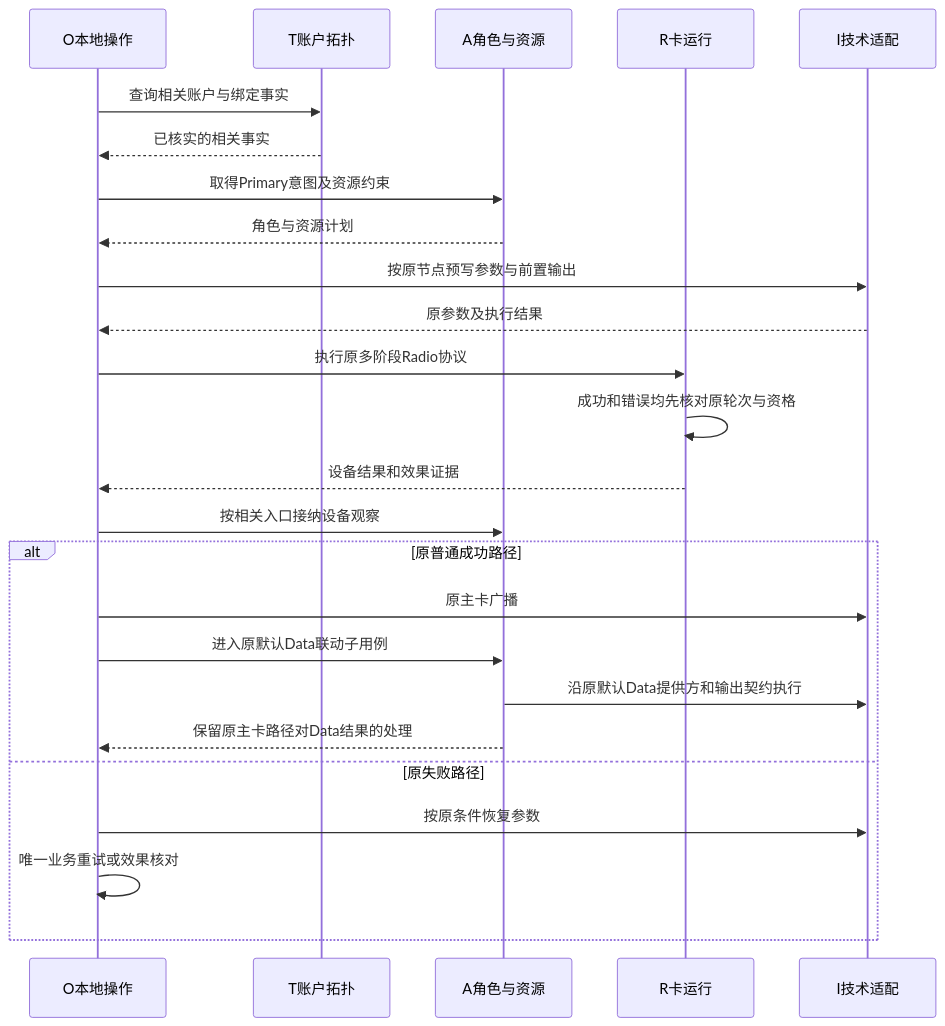
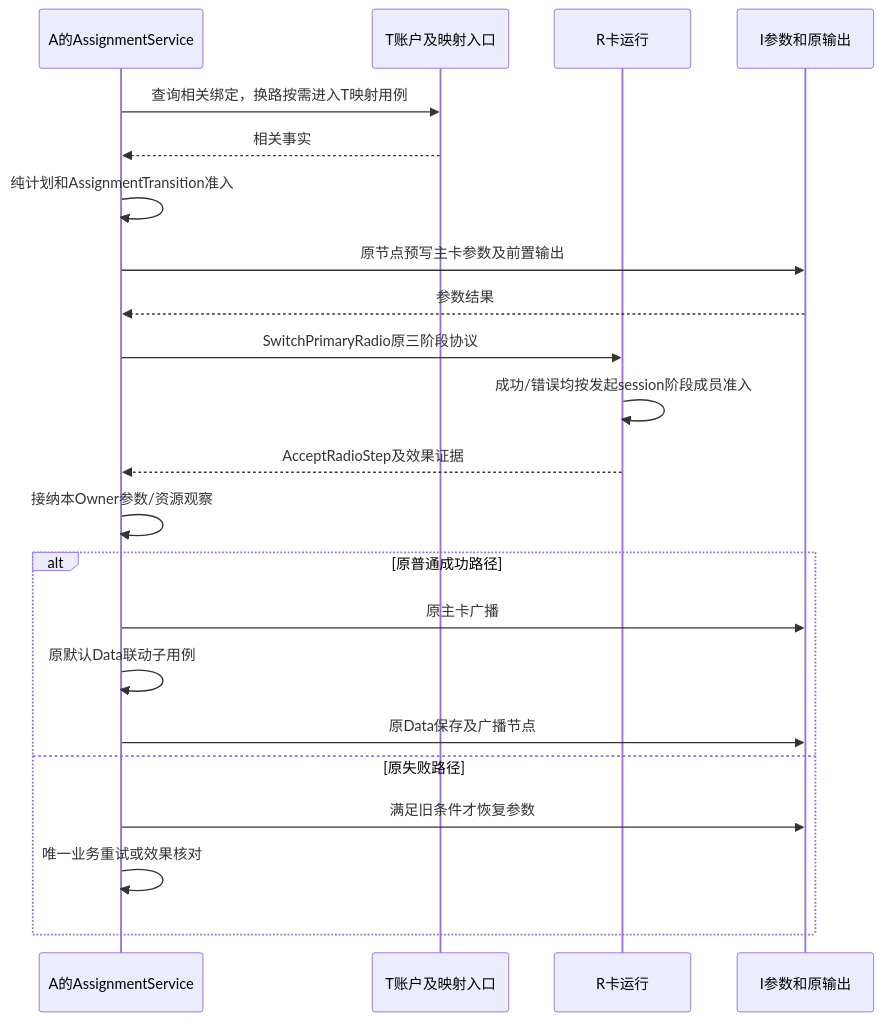
Diagram 11 of 15 in telephony_core_service/docs/多SIM架构重构_设计说明与业务流程对照.md (zjuluowu/multisim), drawn with Mermaid before and after one commit. The commit also changed other lines of this file and 53 other files, not shown here.

First line of the commit message:
feat(sim): add target architecture skeleton and detailed design

````diff
--- a/telephony_core_service/docs/多SIM架构重构_设计说明与业务流程对照.md
+++ b/telephony_core_service/docs/多SIM架构重构_设计说明与业务流程对照.md
@@ -700,27 +653,24 @@
 ```mermaid
 sequenceDiagram
-    participant O as O本地操作
-    participant T as T账户拓扑
-    participant A as A角色与资源
+    participant A as A的AssignmentService
+    participant T as T账户及映射入口
     participant R as R卡运行
-    participant I as I技术适配
-    O->>T: 查询相关账户与绑定事实
-    T-->>O: 已核实的相关事实
-    O->>A: 取得Primary意图及资源约束
-    A-->>O: 角色与资源计划
-    O->>I: 按原节点预写参数与前置输出
-    I-->>O: 原参数及执行结果
-    O->>R: 执行原多阶段Radio协议
-    R->>R: 成功和错误均先核对原轮次与资格
-    R-->>O: 设备结果和效果证据
-    O->>A: 按相关入口接纳设备观察
+    participant I as I参数和原输出
+    A->>T: 查询相关绑定，换路按需进入T映射用例
+    T-->>A: 相关事实
+    A->>A: 纯计划和AssignmentTransition准入
+    A->>I: 原节点预写主卡参数及前置输出
+    I-->>A: 参数结果
+    A->>R: SwitchPrimaryRadio原三阶段协议
+    R->>R: 成功/错误均按发起session阶段成员准入
+    R-->>A: AcceptRadioStep及效果证据
+    A->>A: 接纳本Owner参数/资源观察
     alt 原普通成功路径
-        O->>I: 原主卡广播
-        O->>A: 进入原默认Data联动子用例
-        A->>I: 沿原默认Data提供方和输出契约执行
-        A-->>O: 保留原主卡路径对Data结果的处理
+        A->>I: 原主卡广播
+        A->>A: 原默认Data联动子用例
+        A->>I: 原Data保存及广播节点
     else 原失败路径
-        O->>I: 按原条件恢复参数
-        O->>O: 唯一业务重试或效果核对
+        A->>I: 满足旧条件才恢复参数
+        A->>A: 唯一业务重试或效果核对
     end
 ```
````
